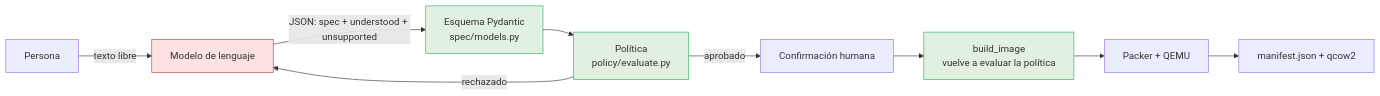
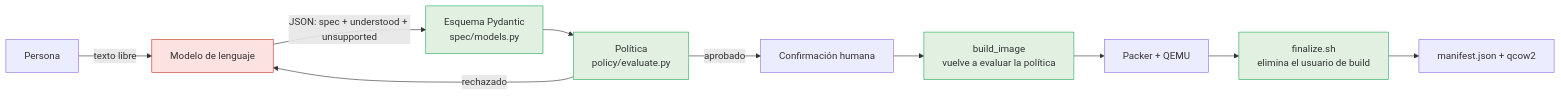
Before and after one commit to judainho/gira-iso: the first of 4 diagrams in docs/flujo-de-control.md, drawn with Mermaid. The commit also changed other lines of this file and 3 other files, not shown here.

First line of the commit message:
docs: rewrite the control-flow document to the final state (P4)

````diff
--- a/docs/flujo-de-control.md
+++ b/docs/flujo-de-control.md
@@ -16,16 +17,17 @@
 ```mermaid
 flowchart LR
     U[Persona] -->|texto libre| LLM[Modelo de lenguaje]
     LLM -->|JSON: spec + understood + unsupported| V1[Esquema Pydantic<br/>spec/models.py]
     V1 --> P1[Política<br/>policy/evaluate.py]
     P1 -->|rechazado| LLM
     P1 -->|aprobado| C[Confirmación humana]
     C --> B[build_image<br/>vuelve a evaluar la política]
     B --> PK[Packer + QEMU]
-    PK --> M[manifest.json + qcow2]
+    PK --> F[finalize.sh<br/>elimina el usuario de build]
+    F --> M[manifest.json + qcow2]
 
     classDef untrusted fill:#fde2e2,stroke:#c0392b;
     classDef gate fill:#e2f0e2,stroke:#27ae60;
     class LLM untrusted;
-    class V1,P1,B gate;
+    class V1,P1,B,F gate;
 ```
````
